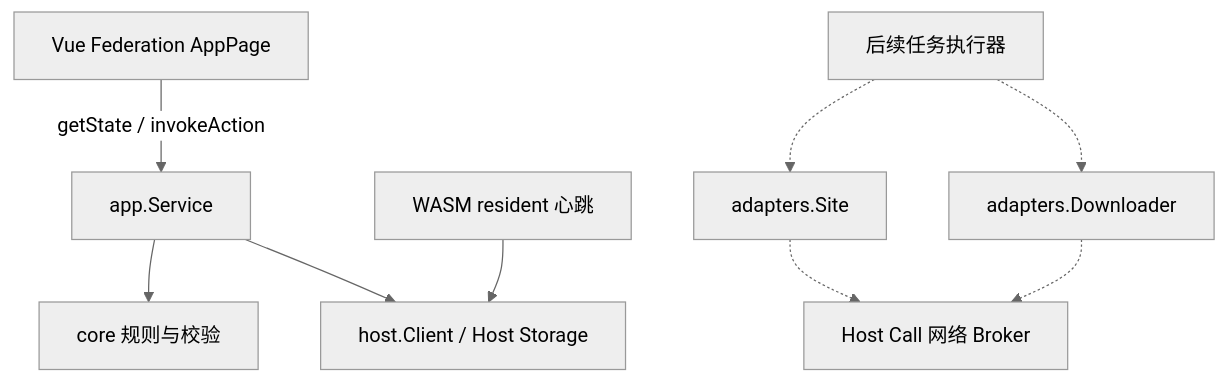
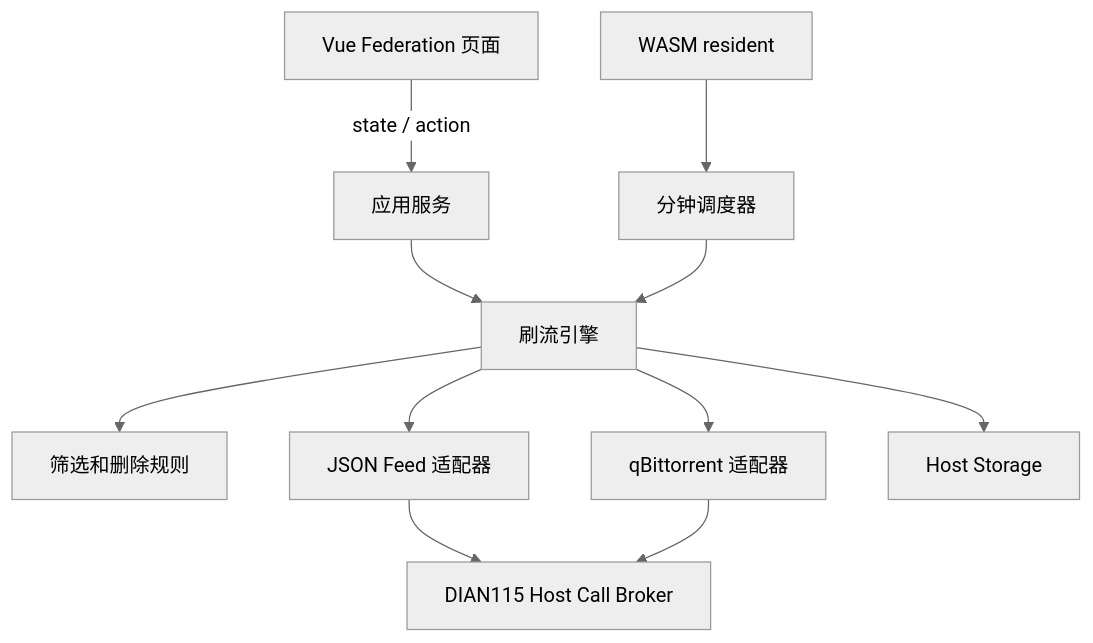
One commit to GByyhbot/dian115-brushflow changed the diagram in docs/architecture.md. Above: the diagram before and after it, drawn with Mermaid (neutral theme). The commit also changed other lines of this file and 22 other files, not shown here.

````diff
--- a/docs/architecture.md
+++ b/docs/architecture.md
@@ -5,11 +5,13 @@
 ```mermaid
 flowchart TD
-  UI[Vue Federation AppPage] -->|getState / invokeAction| Service[app.Service]
-  Service --> Core[core 规则与校验]
-  Service --> Store[host.Client / Host Storage]
-  Resident[WASM resident 心跳] --> Store
-  Future[后续任务执行器] -.-> Site[adapters.Site]
-  Future -.-> Downloader[adapters.Downloader]
-  Site -.-> Broker[Host Call 网络 Broker]
-  Downloader -.-> Broker
+  UI[Vue Federation 页面] -->|state / action| Service[应用服务]
+  Resident[WASM resident] --> Scheduler[分钟调度器]
+  Service --> Engine[刷流引擎]
+  Scheduler --> Engine
+  Engine --> Rules[筛选和删除规则]
+  Engine --> Feed[JSON Feed 适配器]
+  Engine --> QB[qBittorrent 适配器]
+  Feed --> Broker[DIAN115 Host Call Broker]
+  QB --> Broker
+  Engine --> Store[Host Storage]
 ```
````
